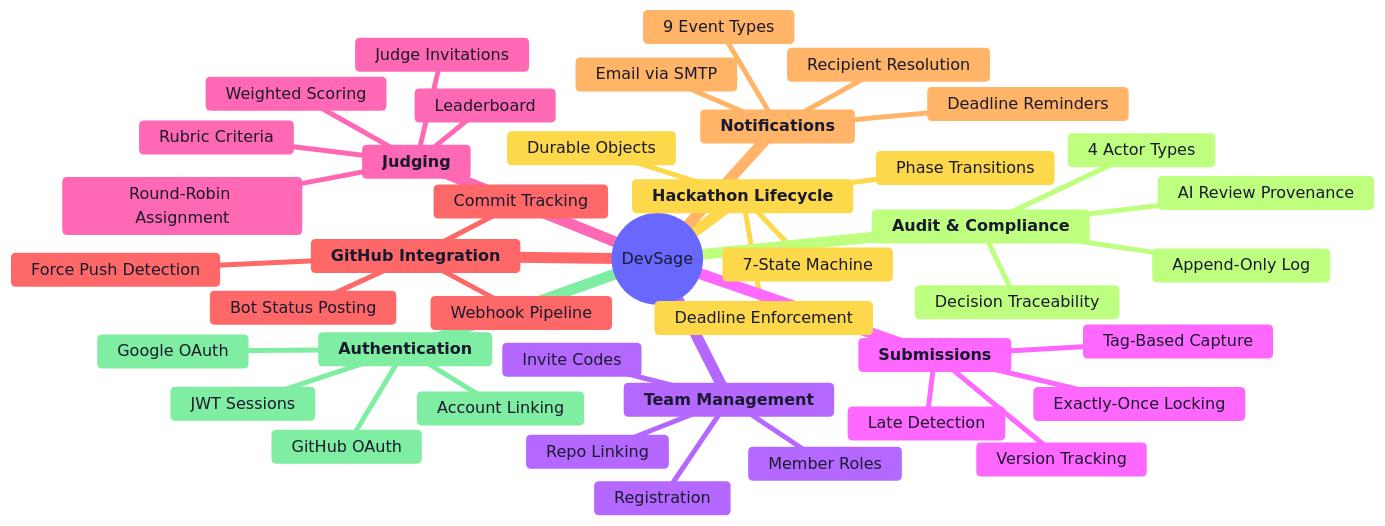
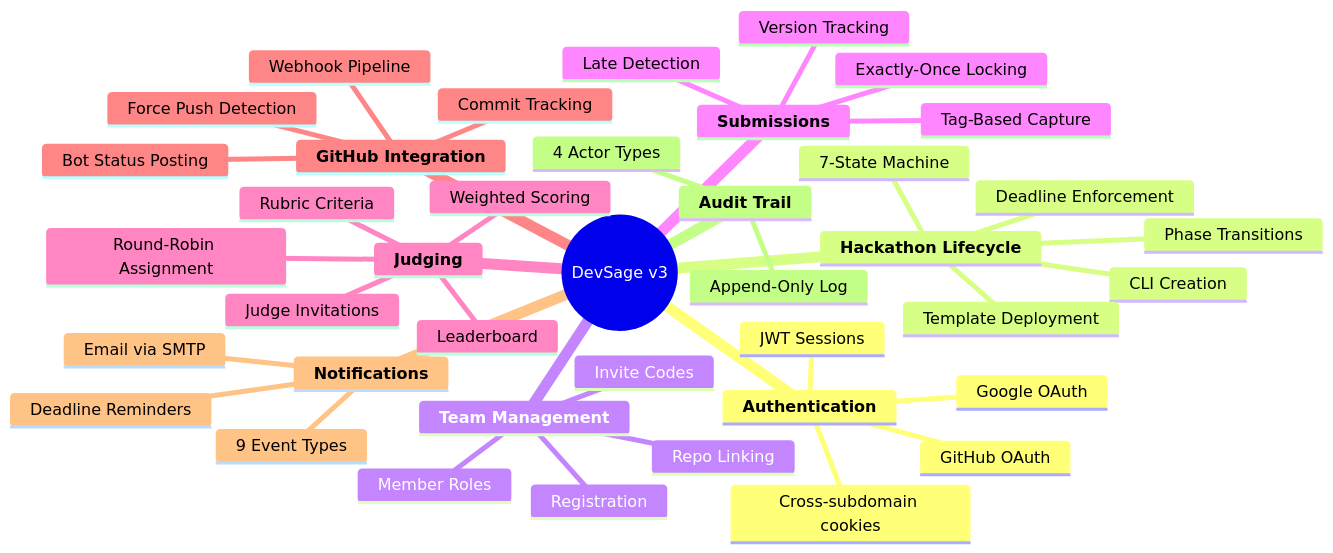
Before and after one commit to devangshupandey2025-stack/DevSage: the fourth of 5 diagrams in docs/v3/architecture/00-overview.md, drawn with Mermaid. The commit also changed other lines of this file and 30 other files, not shown here.

First line of the commit message:
docs: rewrite v3 architecture docs to match current system

````diff
--- a/docs/v3/architecture/00-overview.md
+++ b/docs/v3/architecture/00-overview.md
@@ -166,46 +295,43 @@
 ```mermaid
-%%{init: {'theme': 'base', 'themeVariables': {'primaryColor': '#e8e8ff', 'primaryTextColor': '#1a1a2e', 'primaryBorderColor': '#6366f1', 'lineColor': '#6366f1', 'secondaryColor': '#f0fdf4', 'secondaryTextColor': '#1a1a2e', 'tertiaryColor': '#fef3c7', 'tertiaryTextColor': '#1a1a2e'}}}%%
 mindmap
-  root((DevSage))
+  root((DevSage v3))
     **Authentication**
       GitHub OAuth
       Google OAuth
       JWT Sessions
-      Account Linking
+      Cross-subdomain cookies
     **Hackathon Lifecycle**
+      CLI Creation
+      Template Deployment
       7-State Machine
       Phase Transitions
       Deadline Enforcement
-      Durable Objects
     **Team Management**
       Registration
       Invite Codes
       Repo Linking
       Member Roles
     **Submissions**
       Tag-Based Capture
       Exactly-Once Locking
       Version Tracking
       Late Detection
     **Judging**
       Judge Invitations
       Rubric Criteria
       Round-Robin Assignment
       Weighted Scoring
       Leaderboard
     **GitHub Integration**
       Webhook Pipeline
       Commit Tracking
       Force Push Detection
       Bot Status Posting
     **Notifications**
       Email via SMTP
       9 Event Types
       Deadline Reminders
-      Recipient Resolution
-    **Audit & Compliance**
+    **Audit Trail**
       Append-Only Log
       4 Actor Types
-      Decision Traceability
-      AI Review Provenance
 ```
````
